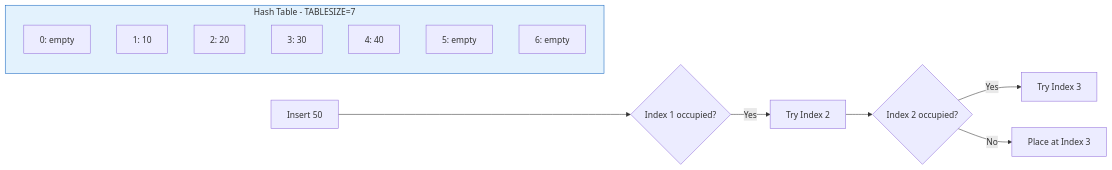
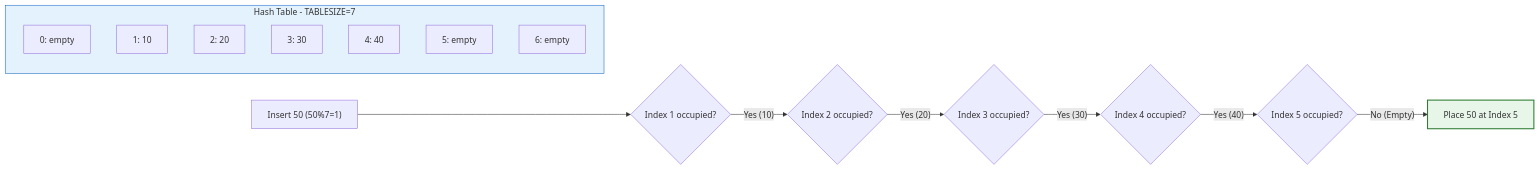
Before and after one commit to imyash0722/SEM3-DSA-UE25CS52A-STUDY-MATERIAL: the fifth of 11 diagrams in site/docs/unit4/theory/unit4_02_collision_resolution.md, drawn with Mermaid. The commit also changed other lines of this file and 113 other files, not shown here.

Commit message:
Fix Mermaid diagram syntax, dark mode readability, algorithmic visualizations, and update site build

````diff
--- a/site/docs/unit4/theory/unit4_02_collision_resolution.md
+++ b/site/docs/unit4/theory/unit4_02_collision_resolution.md
@@ -186,20 +186,22 @@
 ```mermaid
 graph LR
     subgraph Table[Hash Table - TABLESIZE=7]
         I0[0: empty]
         I1[1: 10]
         I2[2: 20]
         I3[3: 30]
         I4[4: 40]
         I5[5: empty]
         I6[6: empty]
     end
     
-    Insert[Insert 50] --> Probe{Index 1 occupied?}
-    Probe -- Yes --> Next[Try Index 2]
-    Next --> Probe2{Index 2 occupied?}
-    Probe2 -- Yes --> Next2[Try Index 3]
-    Probe2 -- No --> Place[Place at Index 3]
+    Insert["Insert 50 (50%7=1)"] --> P1{"Index 1 occupied?"}
+    P1 -- "Yes (10)" --> P2{"Index 2 occupied?"}
+    P2 -- "Yes (20)" --> P3{"Index 3 occupied?"}
+    P3 -- "Yes (30)" --> P4{"Index 4 occupied?"}
+    P4 -- "Yes (40)" --> P5{"Index 5 occupied?"}
+    P5 -- "No (Empty)" --> Place["Place 50 at Index 5"]
     
     style Table fill:#e3f2fd,stroke:#1565c0
+    style Place fill:#e8f5e9,stroke:#2e7d32,stroke-width:2px
 ```
````
